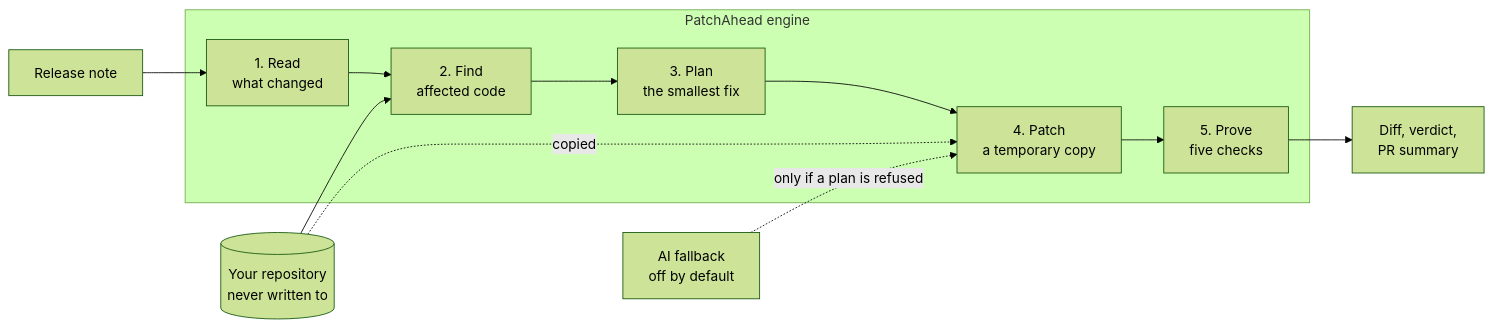
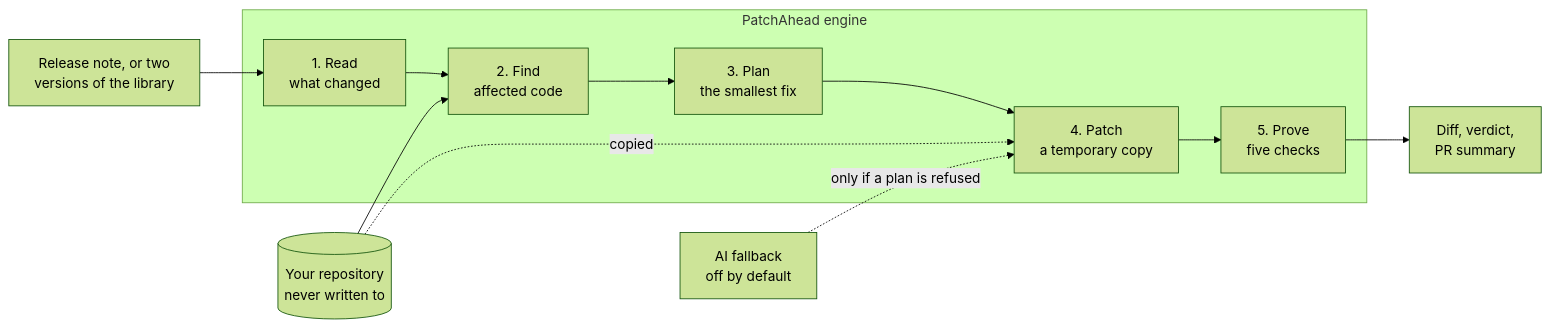
One commit to FrimpsManu/patchahead changed the first of 2 diagrams in README.md. Above: the diagram before and after it, drawn with Mermaid (forest theme). The commit also changed other lines of this file and 16 other files, not shown here.

First line of the commit message:
Read breaking changes from two versions of a library

````diff
--- a/README.md
+++ b/README.md
@@ -129,16 +154,16 @@
 ```mermaid
 flowchart LR
-    note["Release note"] --> read
+    note["Release note, or two<br/>versions of the library"] --> read
     repo[("Your repository<br/>never written to")] --> find
 
     subgraph engine["PatchAhead engine"]
         read["1. Read<br/>what changed"] --> find["2. Find<br/>affected code"]
         find --> plan["3. Plan<br/>the smallest fix"]
         plan --> patch["4. Patch<br/>a temporary copy"]
         patch --> prove["5. Prove<br/>five checks"]
     end
 
     repo -. copied .-> patch
     ai["AI fallback<br/>off by default"] -. only if a plan is refused .-> patch
     prove --> result["Diff, verdict,<br/>PR summary"]
 ```
````
